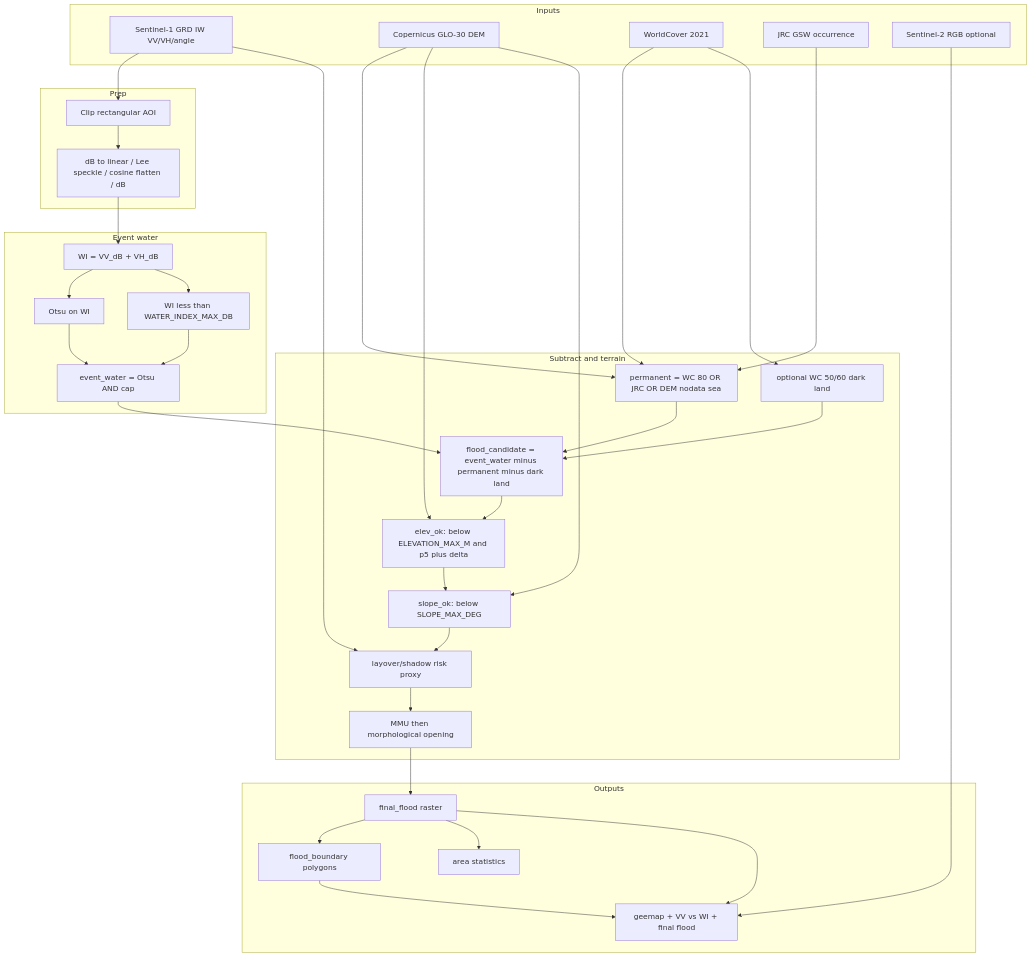
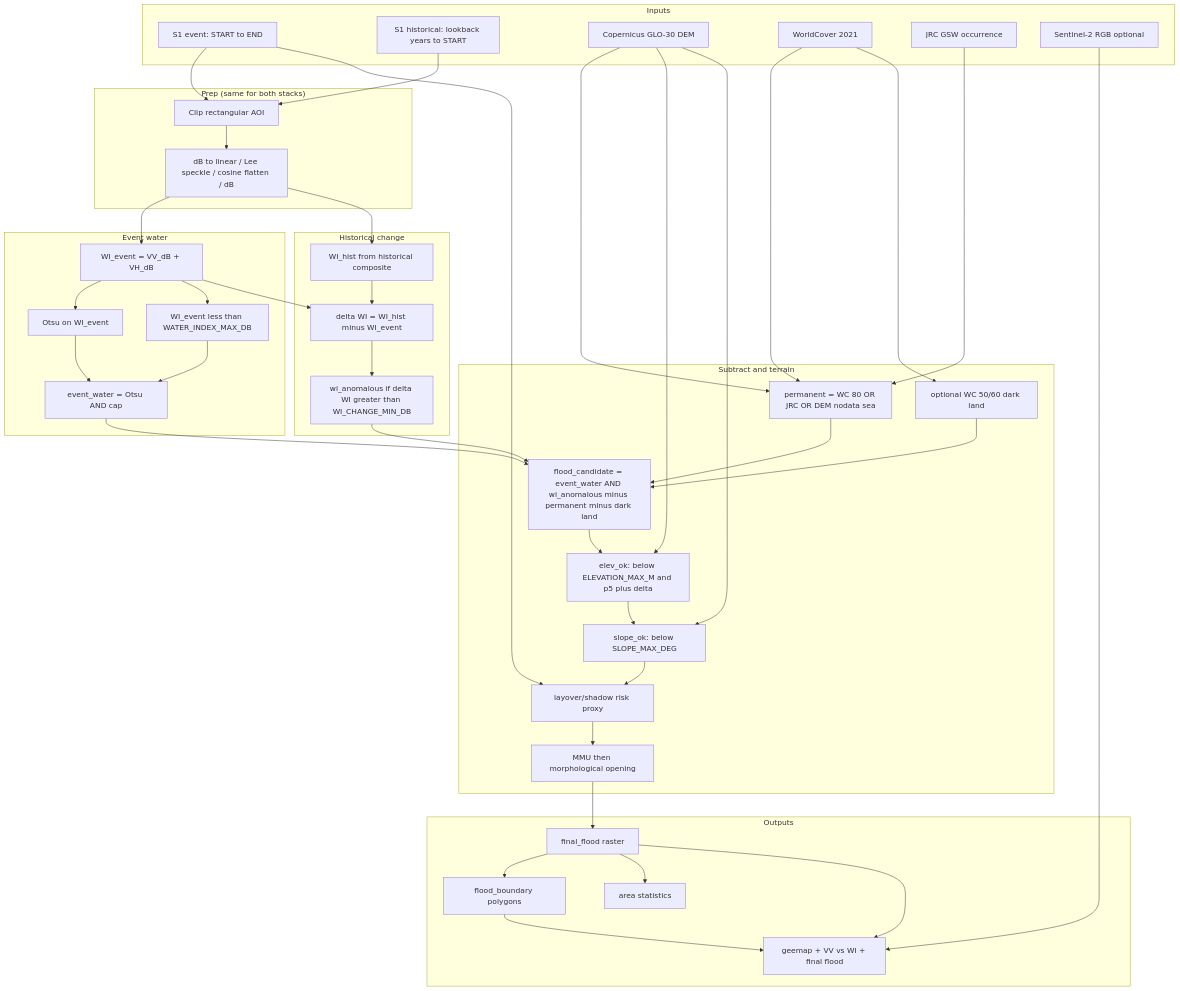
The diagram in README.md (uoa-gis/GIS), drawn with Mermaid before and after one commit. The commit also changed other lines of this file and 6 other files, not shown here.

````diff
--- a/README.md
+++ b/README.md
@@ -65,54 +84,67 @@
 ```mermaid
 flowchart TD
   subgraph IN["Inputs"]
-    S1["Sentinel-1 GRD IW VV/VH/angle"]
+    S1E["S1 event: START to END"]
+    S1H["S1 historical: lookback years to START"]
     DEM["Copernicus GLO-30 DEM"]
     WC["WorldCover 2021"]
     JRC["JRC GSW occurrence"]
     S2["Sentinel-2 RGB optional"]
   end
-  subgraph PRE["Prep"]
+  subgraph PRE["Prep (same for both stacks)"]
     CLIP["Clip rectangular AOI"]
     LEE["dB to linear / Lee speckle / cosine flatten / dB"]
   end
   subgraph WTR["Event water"]
-    WI["WI = VV_dB + VH_dB"]
-    OTSU["Otsu on WI"]
-    CAP["WI less than WATER_INDEX_MAX_DB"]
+    WI["WI_event = VV_dB + VH_dB"]
+    OTSU["Otsu on WI_event"]
+    CAP["WI_event less than WATER_INDEX_MAX_DB"]
     EW["event_water = Otsu AND cap"]
+  end
+  subgraph CHG["Historical change"]
+    WIH["WI_hist from historical composite"]
+    DLT["delta WI = WI_hist minus WI_event"]
+    ANO["wi_anomalous if delta WI greater than WI_CHANGE_MIN_DB"]
   end
   subgraph MASK["Subtract and terrain"]
     PERM["permanent = WC 80 OR JRC OR DEM nodata sea"]
     DARK["optional WC 50/60 dark land"]
-    CAND["flood_candidate = event_water minus permanent minus dark land"]
+    CAND["flood_candidate = event_water AND wi_anomalous minus permanent minus dark land"]
     ELEV["elev_ok: below ELEVATION_MAX_M and p5 plus delta"]
     SLP["slope_ok: below SLOPE_MAX_DEG"]
     LAY["layover/shadow risk proxy"]
     MMU["MMU then morphological opening"]
   end
   subgraph OUT["Outputs"]
     FF["final_flood raster"]
     POLY["flood_boundary polygons"]
     STAT["area statistics"]
     MAP["geemap + VV vs WI + final flood"]
   end
-  S1 --> CLIP --> LEE --> WI
+  S1E --> CLIP
+  S1H --> CLIP
+  CLIP --> LEE
+  LEE --> WI
+  LEE --> WIH
   WI --> OTSU --> EW
   WI --> CAP --> EW
+  WIH --> DLT
+  WI --> DLT --> ANO
   WC --> PERM
   JRC --> PERM
   DEM --> PERM
   WC --> DARK
   EW --> CAND
+  ANO --> CAND
   PERM --> CAND
   DARK --> CAND
   DEM --> ELEV
   DEM --> SLP
-  S1 --> LAY
+  S1E --> LAY
   CAND --> ELEV --> SLP --> LAY --> MMU --> FF
   FF --> POLY
   FF --> STAT
   S2 --> MAP
   FF --> MAP
   POLY --> MAP
 ```
````
